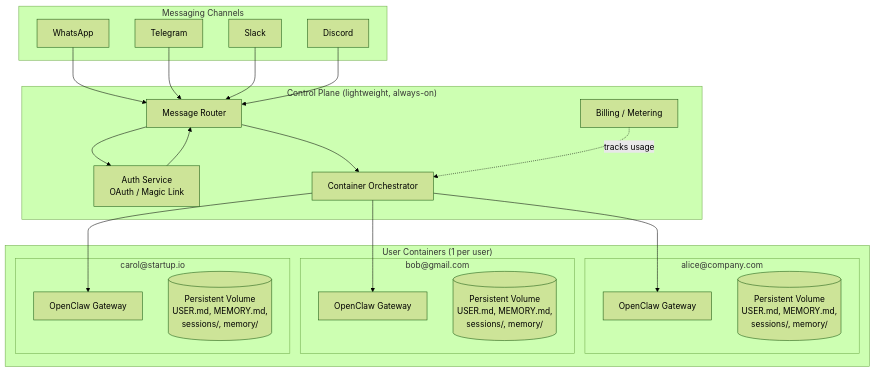
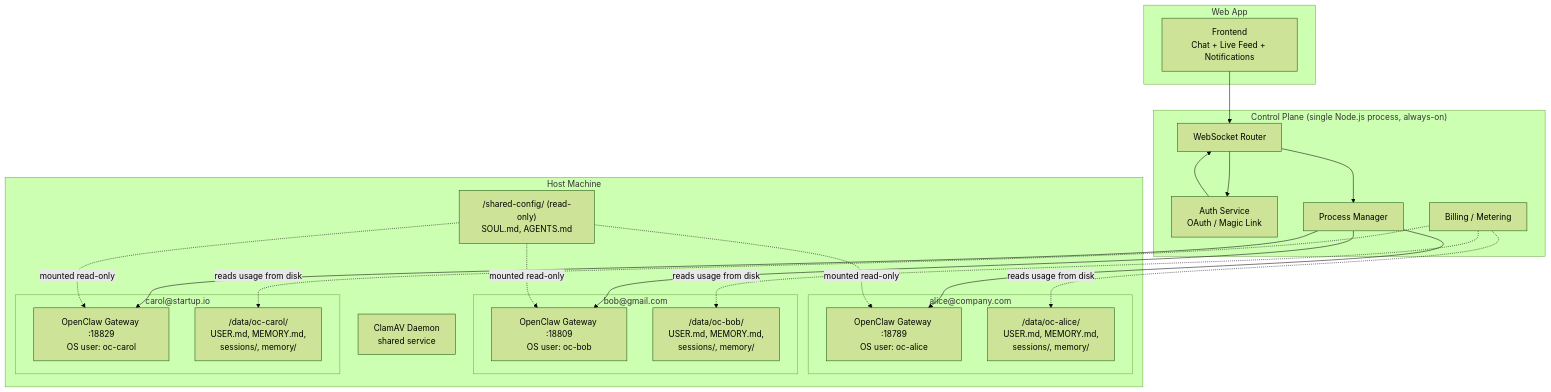
The first of 5 diagrams in brainstorm/02-architecture.md (1qh/claw), drawn with Mermaid (forest theme) before and after one commit. The commit also changed other lines of this file, not shown here.

Commit message:
Revise architecture: multi-gateway per host instead of containers

````diff
--- a/brainstorm/02-architecture.md
+++ b/brainstorm/02-architecture.md
@@ -19,38 +19,39 @@
 ```mermaid
 graph TB
-    subgraph "Messaging Channels"
-        WA[WhatsApp]
-        TG[Telegram]
-        SL[Slack]
-        DC[Discord]
+    subgraph "Web App"
+        FE[Frontend<br/>Chat + Live Feed + Notifications]
     end
 
-    subgraph "Control Plane (lightweight, always-on)"
+    subgraph "Control Plane (single Node.js process, always-on)"
         AUTH[Auth Service<br/>OAuth / Magic Link]
-        ROUTER[Message Router]
-        ORCH[Container Orchestrator]
+        ROUTER[WebSocket Router]
+        PM[Process Manager]
         METER[Billing / Metering]
     end
 
-    subgraph "User Containers (1 per user)"
+    subgraph "Host Machine"
         subgraph "alice@company.com"
-            GW1[OpenClaw Gateway]
-            VOL1[(Persistent Volume<br/>USER.md, MEMORY.md,<br/>sessions/, memory/)]
+            GW1["OpenClaw Gateway :18789<br/>OS user: oc-alice"]
+            WS1["/data/oc-alice/<br/>USER.md, MEMORY.md,<br/>sessions/, memory/"]
         end
         subgraph "bob@gmail.com"
-            GW2[OpenClaw Gateway]
-            VOL2[(Persistent Volume<br/>USER.md, MEMORY.md,<br/>sessions/, memory/)]
+            GW2["OpenClaw Gateway :18809<br/>OS user: oc-bob"]
+            WS2["/data/oc-bob/<br/>USER.md, MEMORY.md,<br/>sessions/, memory/"]
         end
         subgraph "carol@startup.io"
-            GW3[OpenClaw Gateway]
-            VOL3[(Persistent Volume<br/>USER.md, MEMORY.md,<br/>sessions/, memory/)]
+            GW3["OpenClaw Gateway :18829<br/>OS user: oc-carol"]
+            WS3["/data/oc-carol/<br/>USER.md, MEMORY.md,<br/>sessions/, memory/"]
         end
+
+        SHARED["/shared-config/ (read-only)<br/>SOUL.md, AGENTS.md"]
+        CLAM[ClamAV Daemon<br/>shared service]
     end
 
-    WA & TG & SL & DC --> ROUTER
+    FE --> ROUTER
     ROUTER --> AUTH
     AUTH --> ROUTER
-    ROUTER --> ORCH
-    ORCH --> GW1 & GW2 & GW3
-    METER -.->|tracks usage| ORCH
+    ROUTER --> PM
+    PM --> GW1 & GW2 & GW3
+    METER -.->|reads usage from disk| WS1 & WS2 & WS3
+    SHARED -.->|mounted read-only| GW1 & GW2 & GW3
 ```
````
